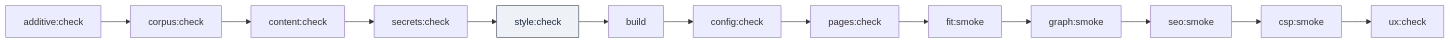
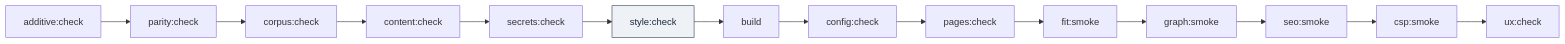
Before and after one commit to rolefinder/show-your-work: diagram 14 of 14 in ARCHITECTURE.md, drawn with Mermaid. The commit also changed other lines of this file and 10 other files, not shown here.

````diff
--- a/ARCHITECTURE.md
+++ b/ARCHITECTURE.md
@@ -691,8 +691,8 @@
 ```mermaid
 flowchart LR
-    A0["additive:check"] --> A["corpus:check"] --> B["content:check"] --> C["secrets:check"] --> D["style:check"] --> E["build"]
+    A0["additive:check"] --> A00["parity:check"] --> A["corpus:check"] --> B["content:check"] --> C["secrets:check"] --> D["style:check"] --> E["build"]
     E --> F["config:check"] --> G["pages:check"] --> H["fit:smoke"] --> I["graph:smoke"]
     I --> J["seo:smoke"] --> K["csp:smoke"] --> L["ux:check"]
 
     style D fill:#eef2f7,stroke:#334155,color:#1e293b
 ```
````
